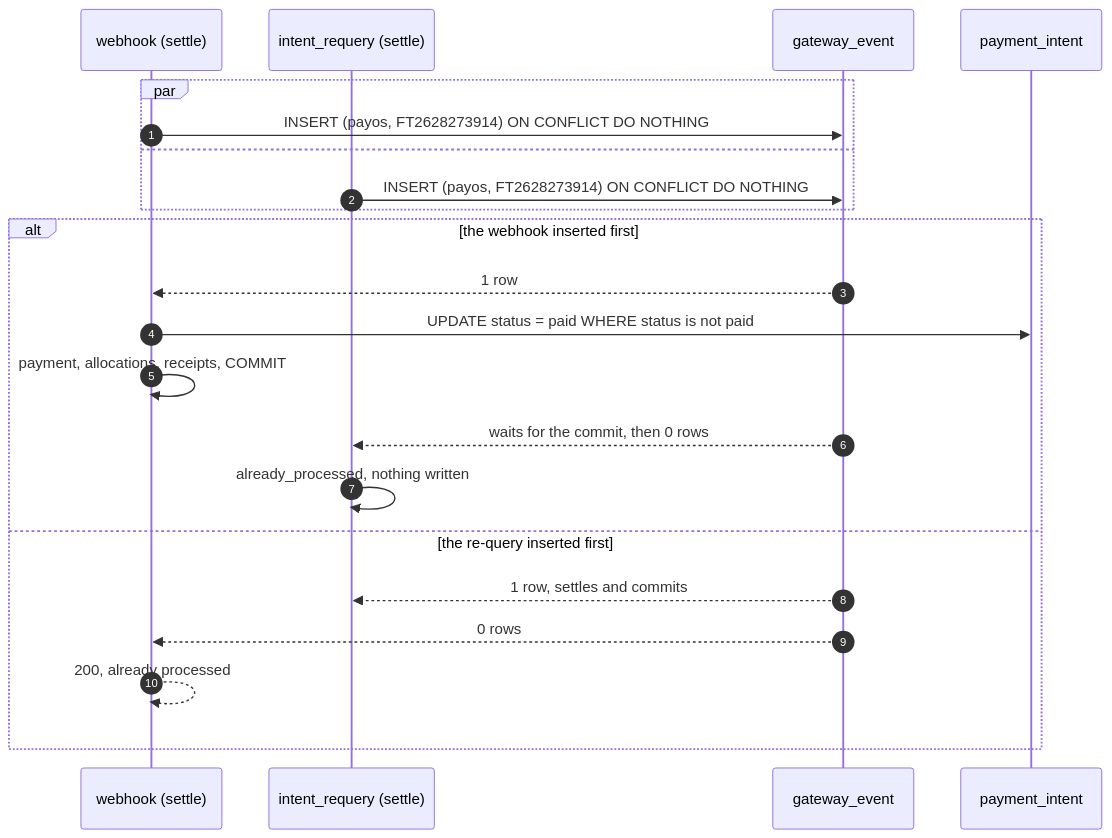
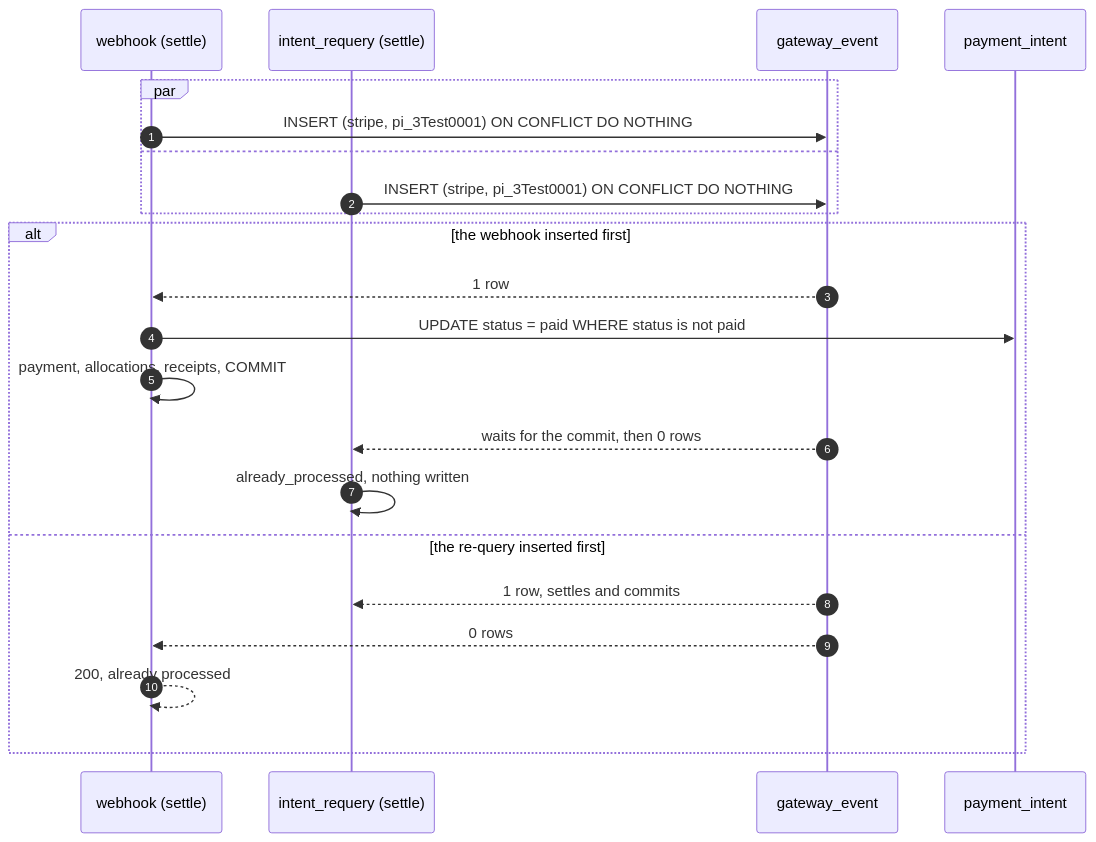
Before and after one commit to ninggiangboy/residential-management-system: the second of 2 diagrams in docs/06-design/payment-intents-and-settlement.md, drawn with Mermaid. The commit also changed other lines of this file and 23 other files, not shown here.

````diff
--- a/docs/06-design/payment-intents-and-settlement.md
+++ b/docs/06-design/payment-intents-and-settlement.md
@@ -478,24 +478,24 @@
 ```mermaid
 sequenceDiagram
   autonumber
   participant W as webhook (settle)
   participant Q as intent_requery (settle)
   participant E as gateway_event
   participant I as payment_intent
   par
-    W->>E: INSERT (payos, FT2628273914) ON CONFLICT DO NOTHING
+    W->>E: INSERT (stripe, pi_3Test0001) ON CONFLICT DO NOTHING
   and
-    Q->>E: INSERT (payos, FT2628273914) ON CONFLICT DO NOTHING
+    Q->>E: INSERT (stripe, pi_3Test0001) ON CONFLICT DO NOTHING
   end
   alt the webhook inserted first
     E-->>W: 1 row
     W->>I: UPDATE status = paid WHERE status is not paid
     W->>W: payment, allocations, receipts, COMMIT
     E-->>Q: waits for the commit, then 0 rows
     Q->>Q: already_processed, nothing written
   else the re-query inserted first
     E-->>Q: 1 row, settles and commits
     E-->>W: 0 rows
     W-->>W: 200, already processed
   end
 ```
````
